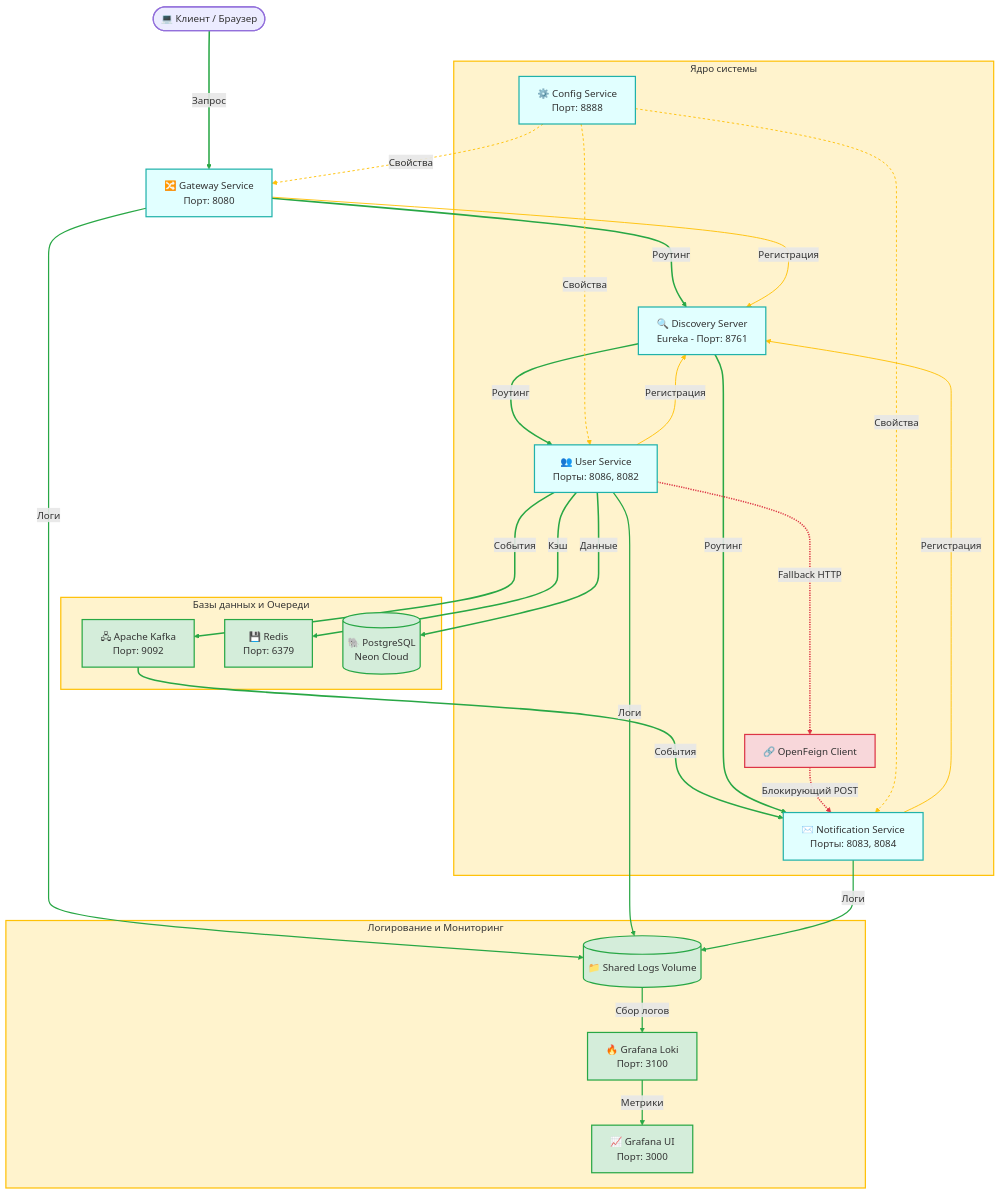
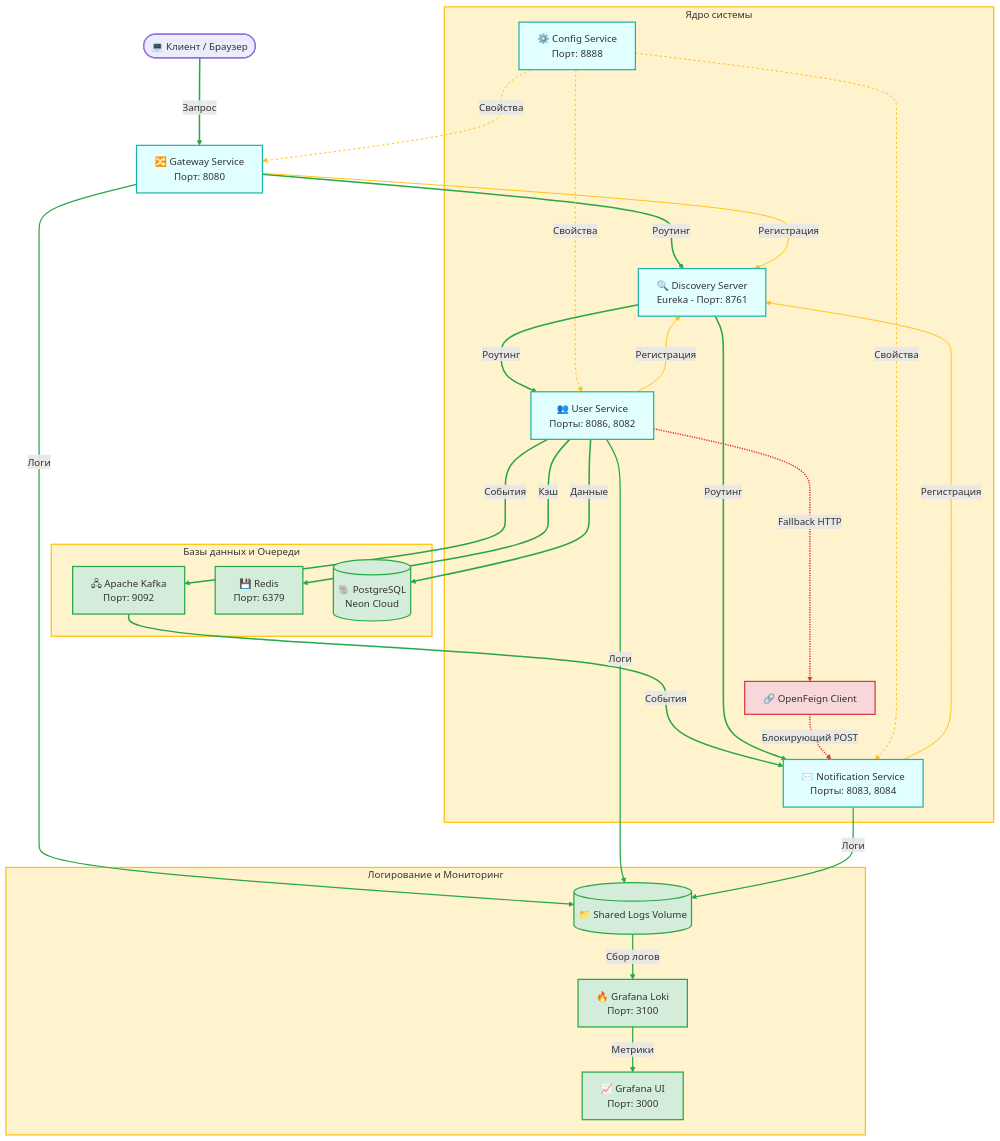
The first of 2 diagrams in README.md (maxitool/user-service), drawn with Mermaid before and after one commit. The commit also changed other lines of this file, not shown here.

```diff
--- a/README.md
+++ b/README.md
@@ -226,9 +125,9 @@
     Feign -.->|Блокирующий POST| NS
 
     %% Группа 2 (индексы 10-12): Конфигурация через Config Server
-    Config -.->|Свойства| Gateway
-    Config -.->|Свойства| US
-    Config -.->|Свойства| NS
+    Config --->|Свойства| Gateway
+    Config --->|Свойства| US
+    Config --->|Свойства| NS
 
     %% Группа 3 (индексы 13-15): Регистрация в Eureka
     Gateway --->|Регистрация| Discovery
```
